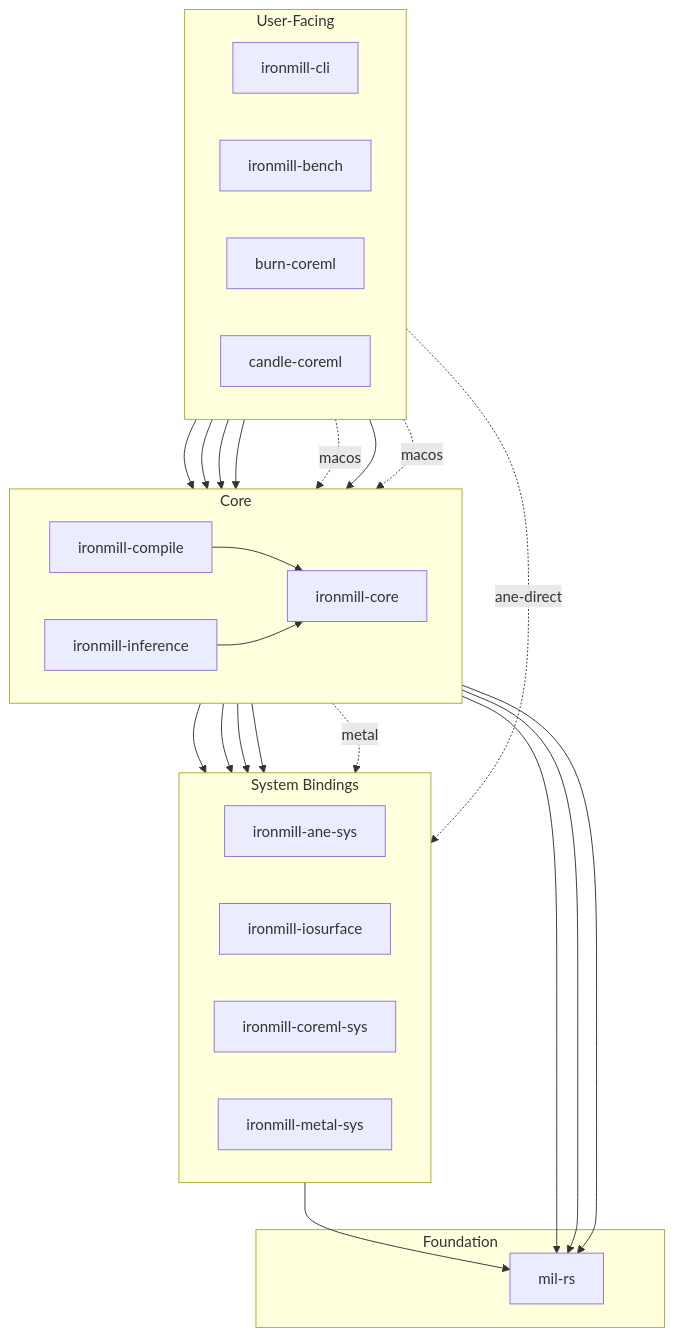
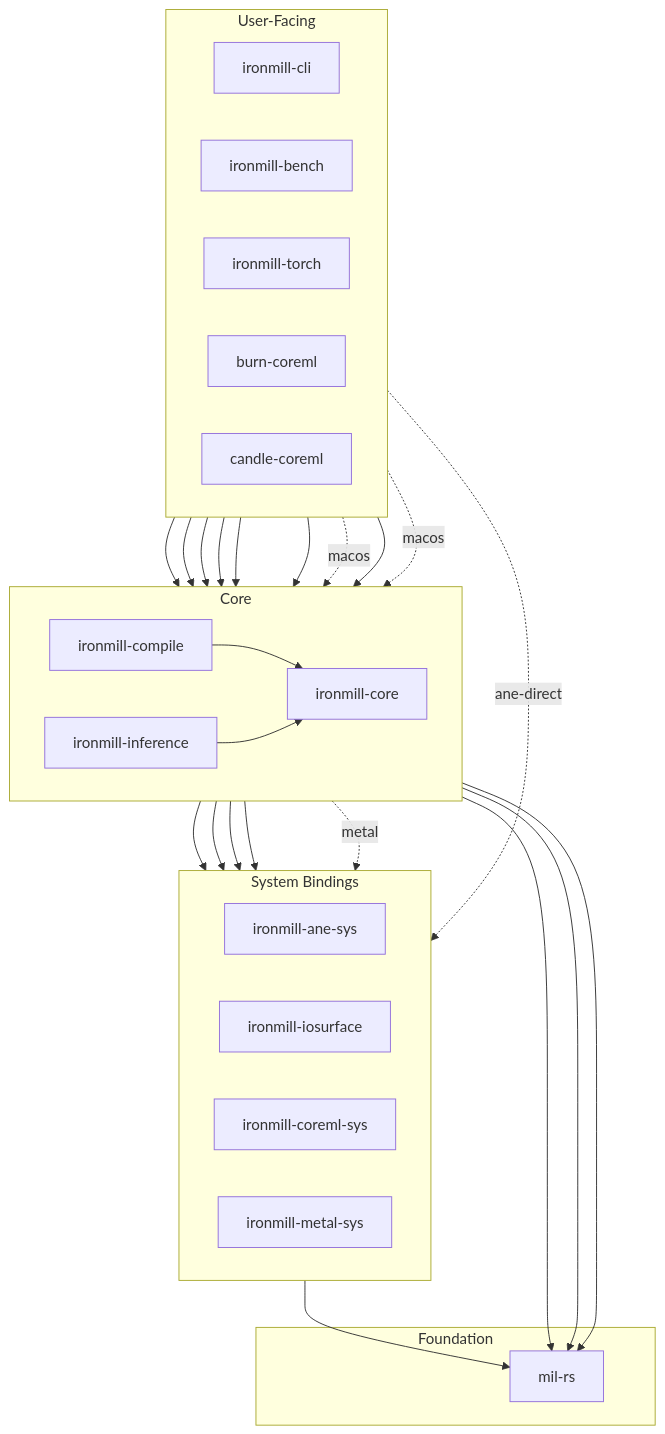
One commit to jafreck/ironmill changed the second of 2 diagrams in README.md. Above: the diagram before and after it, drawn with Mermaid. The commit also changed other lines of this file, not shown here.

First line of the commit message:
docs: expand README with compile/inference optimizations and ironmill-torch API

````diff
--- a/README.md
+++ b/README.md
@@ -374,50 +525,53 @@
 ```mermaid
 %%{init: {'flowchart': {'curve': 'basis'}}}%%
 flowchart TD
     subgraph user["User-Facing"]
         direction LR
         cli["ironmill-cli"]
         bench["ironmill-bench"]
+        torch["ironmill-torch"]
         burn["burn-coreml"]
         candle["candle-coreml"]
     end
 
     subgraph core["Core"]
         direction LR
         compile["ironmill-compile"]
         inference["ironmill-inference"]
         corelib["ironmill-core"]
     end
 
     subgraph sys["System Bindings"]
         direction LR
         ane["ironmill-ane-sys"]
         ios["ironmill-iosurface"]
         coremlsys["ironmill-coreml-sys"]
         metalsys["ironmill-metal-sys"]
     end
 
     subgraph found["Foundation"]
         mil["mil-rs"]
     end
 
     cli --> compile
     bench --> compile
     bench --> inference
     bench -. "ane-direct" .-> ios
+    torch --> compile
+    torch --> inference
     burn --> compile
     burn -. "macos" .-> inference
     candle --> compile
     candle -. "macos" .-> inference
     compile --> corelib
     compile --> mil
     compile --> ios
     inference --> corelib
     inference --> mil
     inference --> ane
     inference --> ios
     inference --> coremlsys
     inference -. "metal" .-> metalsys
     corelib --> mil
     ios --> mil
 ```
````
